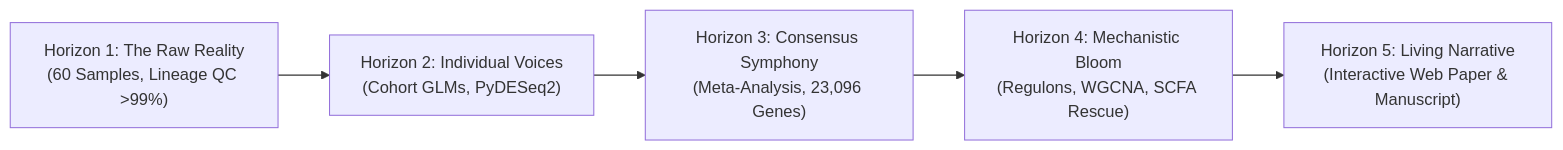
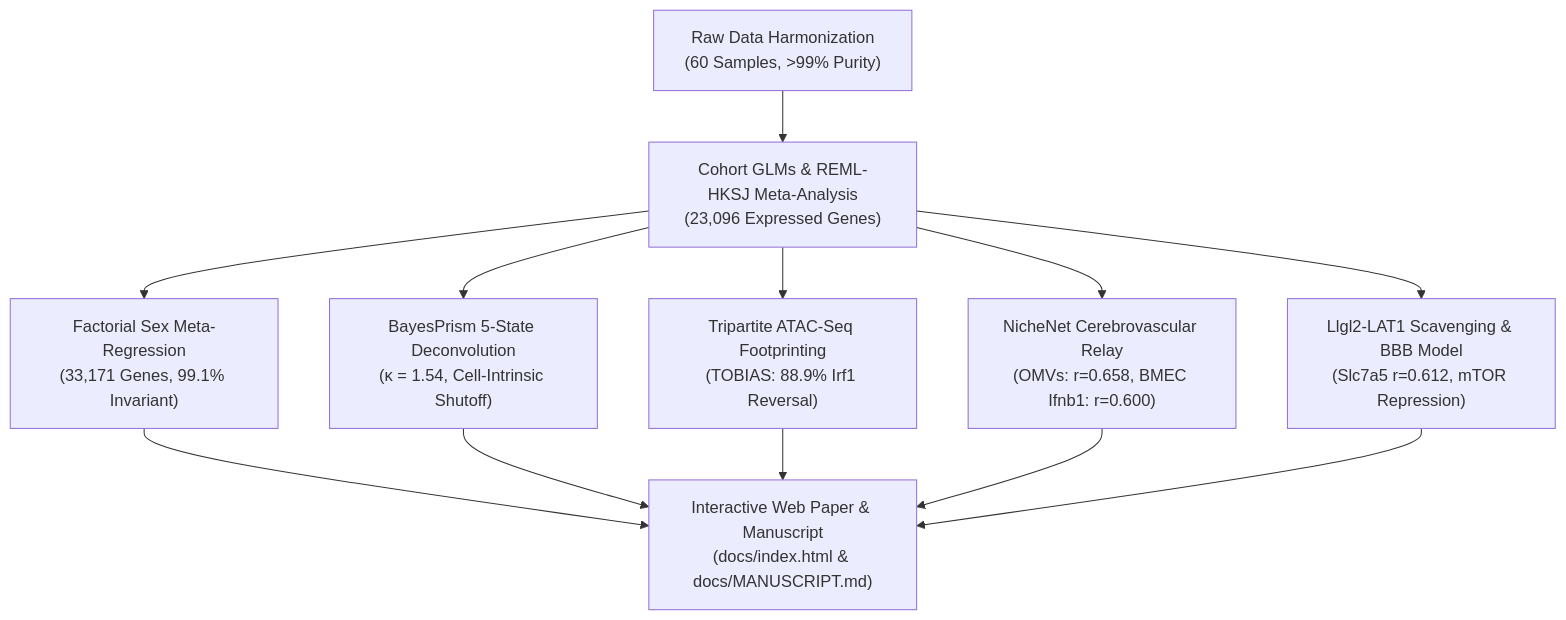
The diagram in README.md (SamSilmarilData/NeuroGut-MetaSeq), drawn with Mermaid before and after one commit. The commit also changed other lines of this file and 52 other files, not shown here.

````diff
--- a/README.md
+++ b/README.md
@@ -39,7 +39,10 @@
 ```mermaid
-flowchart LR
-    H1["Horizon 1: The Raw Reality<br/>(60 Samples, Lineage QC >99%)"] --> H2["Horizon 2: Individual Voices<br/>(Cohort GLMs, PyDESeq2)"]
-    H2 --> H3["Horizon 3: Consensus Symphony<br/>(Meta-Analysis, 23,096 Genes)"]
-    H3 --> H4["Horizon 4: Mechanistic Bloom<br/>(Regulons, WGCNA, SCFA Rescue)"]
-    H4 --> H5["Horizon 5: Living Narrative<br/>(Interactive Web Paper & Manuscript)"]
+flowchart TD
+    A["Raw Data Harmonization<br/>(60 Samples, >99% Purity)"] --> B["Cohort GLMs & REML-HKSJ Meta-Analysis<br/>(23,096 Expressed Genes)"]
+    B --> C["Factorial Sex Meta-Regression<br/>(33,171 Genes, 99.1% Invariant)"]
+    B --> D["BayesPrism 5-State Deconvolution<br/>(κ = 1.54, Cell-Intrinsic Shutoff)"]
+    B --> E["Tripartite ATAC-Seq Footprinting<br/>(TOBIAS: 88.9% Irf1 Reversal)"]
+    B --> F["NicheNet Cerebrovascular Relay<br/>(OMVs: r=0.658, BMEC Ifnb1: r=0.600)"]
+    B --> G["Llgl2-LAT1 Scavenging & BBB Model<br/>(Slc7a5 r=0.612, mTOR Repression)"]
+    C & D & E & F & G --> H["Interactive Web Paper & Manuscript<br/>(docs/index.html & docs/MANUSCRIPT.md)"]
 ```
````
